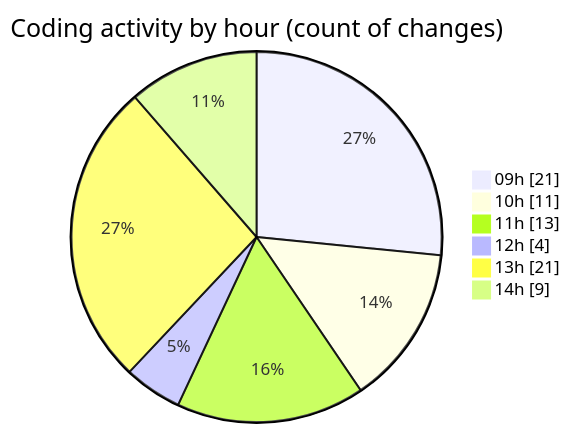
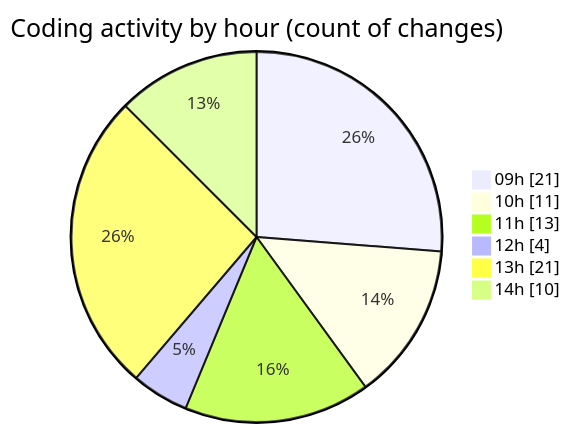
Before and after one commit to momahboobian/code-tracking: the second of 2 diagrams in 2026-06-01/cda/README.md, drawn with Mermaid. The commit also changed other lines of this file and 1 other file, not shown here.

````diff
--- a/2026-06-01/cda/README.md
+++ b/2026-06-01/cda/README.md
@@ -62,10 +62,10 @@
 ```mermaid
 pie showData
 title Coding activity by hour (count of changes)
 "09h" : 21
 "10h" : 11
 "11h" : 13
 "12h" : 4
 "13h" : 21
-"14h" : 9
+"14h" : 10
 ```
````
